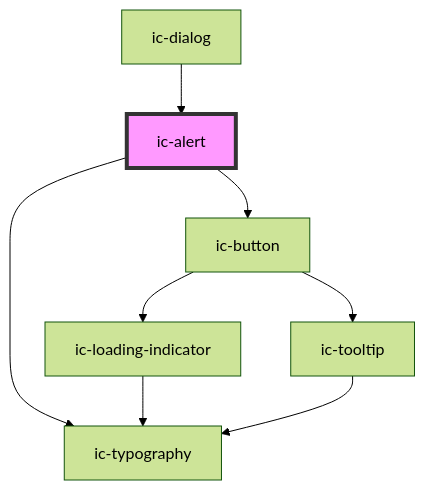
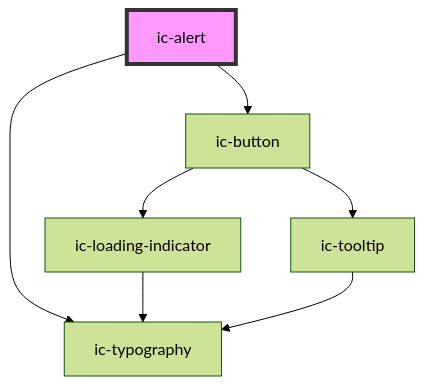
Before and after one commit to mi6/ic-ui-kit: the diagram in packages/web-components/src/components/ic-alert/readme.md, drawn with Mermaid (forest theme). The commit also changed other lines of this file and 89 other files, not shown here.

````diff
--- a/packages/web-components/src/components/ic-alert/readme.md
+++ b/packages/web-components/src/components/ic-alert/readme.md
@@ -50,11 +45,10 @@
 ```mermaid
 graph TD;
   ic-alert --> ic-typography
   ic-alert --> ic-button
   ic-button --> ic-loading-indicator
   ic-button --> ic-tooltip
   ic-loading-indicator --> ic-typography
   ic-tooltip --> ic-typography
-  ic-dialog --> ic-alert
   style ic-alert fill:#f9f,stroke:#333,stroke-width:4px
 ```
````
